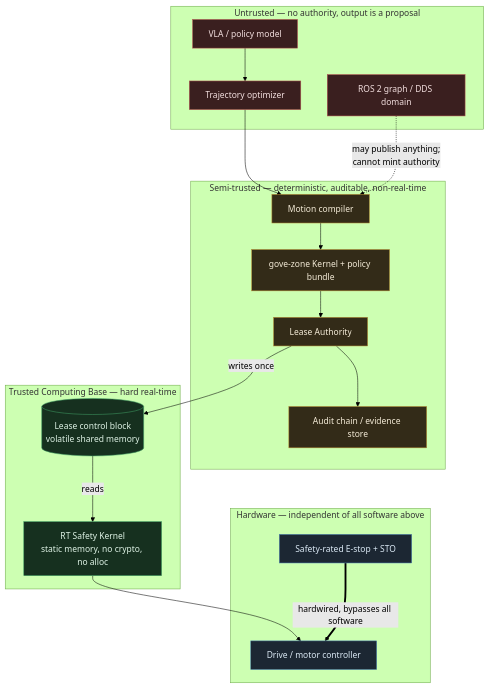
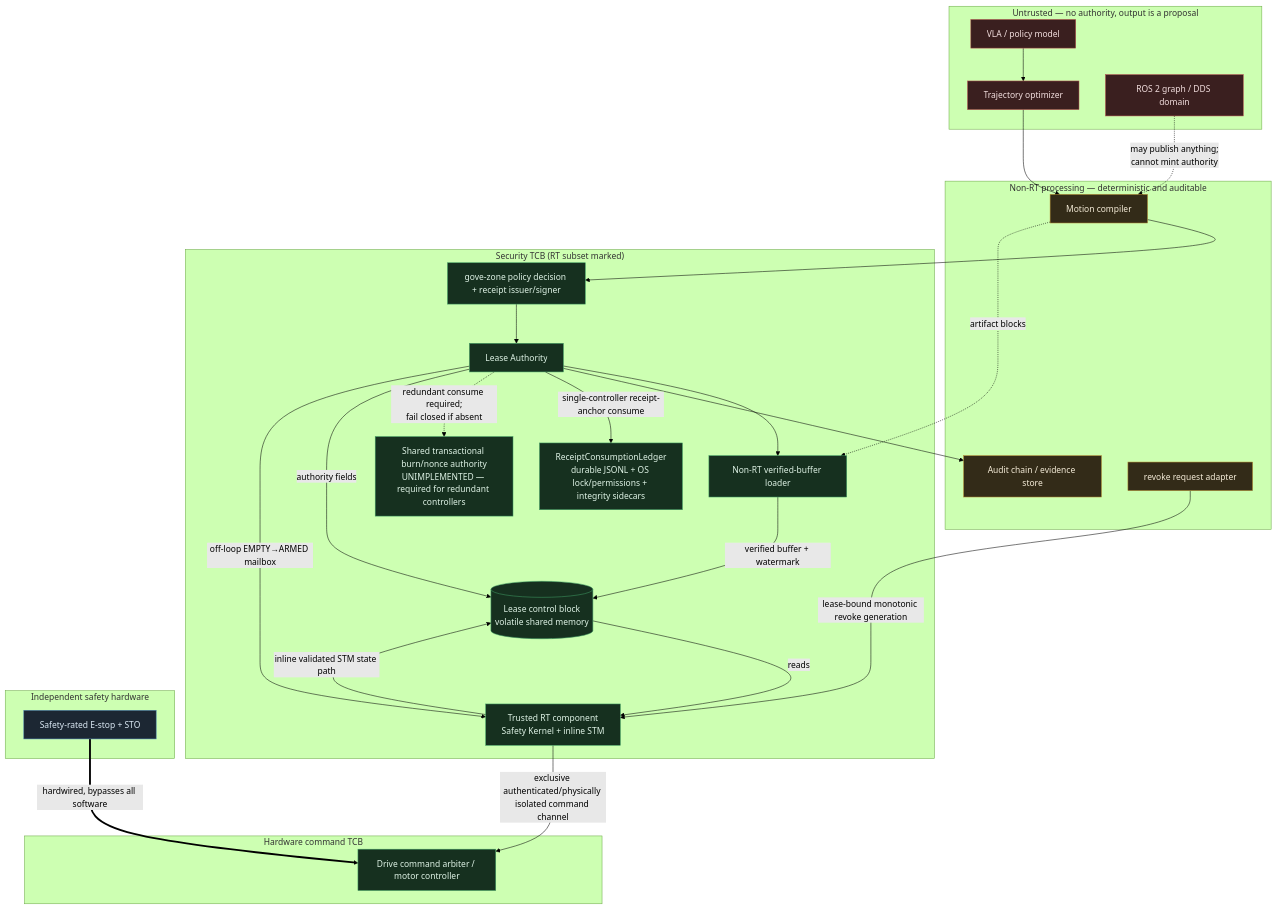
The diagram in docs/design/acgs-physical-execution-profile.md (acgs-ai/ACGS), drawn with Mermaid (forest theme) before and after one commit. The commit also changed other lines of this file and 4 other files, not shown here.

````diff
--- a/docs/design/acgs-physical-execution-profile.md
+++ b/docs/design/acgs-physical-execution-profile.md
@@ -88,43 +89,59 @@
 ```mermaid
 flowchart TB
   subgraph UNTRUSTED["Untrusted — no authority, output is a proposal"]
     VLA["VLA / policy model"]
     OPT["Trajectory optimizer"]
     ROS["ROS 2 graph / DDS domain"]
   end
 
-  subgraph SEMI["Semi-trusted — deterministic, auditable, non-real-time"]
+  subgraph SEMI["Non-RT processing — deterministic and auditable"]
     MC["Motion compiler"]
-    ACGS["gove-zone Kernel + policy bundle"]
-    LA["Lease Authority"]
     AUD["Audit chain / evidence store"]
+    REV["revoke request adapter"]
   end
 
-  subgraph TCB["Trusted Computing Base — hard real-time"]
-    RTSK["RT Safety Kernel<br/>static memory, no crypto, no alloc"]
+  subgraph TCB["Security TCB (RT subset marked)"]
+    ACGS["gove-zone policy decision + receipt issuer/signer"]
+    LA["Lease Authority"]
+    LOAD["Non-RT verified-buffer loader"]
+    RTSK["Trusted RT component<br/>Safety Kernel + inline STM"]
     SHM[("Lease control block<br/>volatile shared memory")]
+    RCL["ReceiptConsumptionLedger<br/>durable JSONL + OS lock/permissions + integrity sidecars"]
+    BURN["Shared transactional burn/nonce authority<br/>UNIMPLEMENTED — required for redundant controllers"]
   end
 
-  subgraph HW["Hardware — independent of all software above"]
-    DRV["Drive / motor controller"]
+  subgraph HWT["Hardware command TCB"]
+    DRV["Drive command arbiter / motor controller"]
+  end
+
+  subgraph HW["Independent safety hardware"]
     ESTOP["Safety-rated E-stop + STO"]
   end
 
   VLA --> OPT --> MC
   ROS -. "may publish anything;<br/>cannot mint authority" .-> MC
   MC --> ACGS --> LA
+  MC -. "artifact blocks" .-> LOAD
+  LA --> LOAD
   LA --> AUD
-  LA -- "writes once" --> SHM
+  LA -- "single-controller receipt-anchor consume" --> RCL
+  LA -. "redundant consume required;<br/>fail closed if absent" .-> BURN
+  LA -- "authority fields" --> SHM
+  LA -- "off-loop EMPTY→ARMED mailbox" --> RTSK
+  LOAD -- "verified buffer + watermark" --> SHM
+  REV -- "lease-bound monotonic revoke generation" --> RTSK
+  RTSK -- "inline validated STM state path" --> SHM
   SHM -- "reads" --> RTSK
-  RTSK --> DRV
+  RTSK -- "exclusive authenticated/physically isolated command channel" --> DRV
   ESTOP == "hardwired, bypasses all software" ==> DRV
 
   classDef untrusted fill:#3a1f1f,stroke:#b45050,color:#f2dede
   classDef semi fill:#332b18,stroke:#b3892f,color:#f5ecd8
   classDef tcb fill:#16301f,stroke:#3f9d63,color:#dff3e6
   classDef hw fill:#1c2733,stroke:#4a80b0,color:#dbe9f5
   class VLA,OPT,ROS untrusted
-  class MC,ACGS,LA,AUD semi
-  class RTSK,SHM tcb
-  class DRV,ESTOP hw
+  class MC,AUD,REV semi
+  class ACGS,LOAD,RTSK,SHM,LA,RCL,BURN tcb
+  class DRV tcb
+  class ESTOP hw
 ```
````
